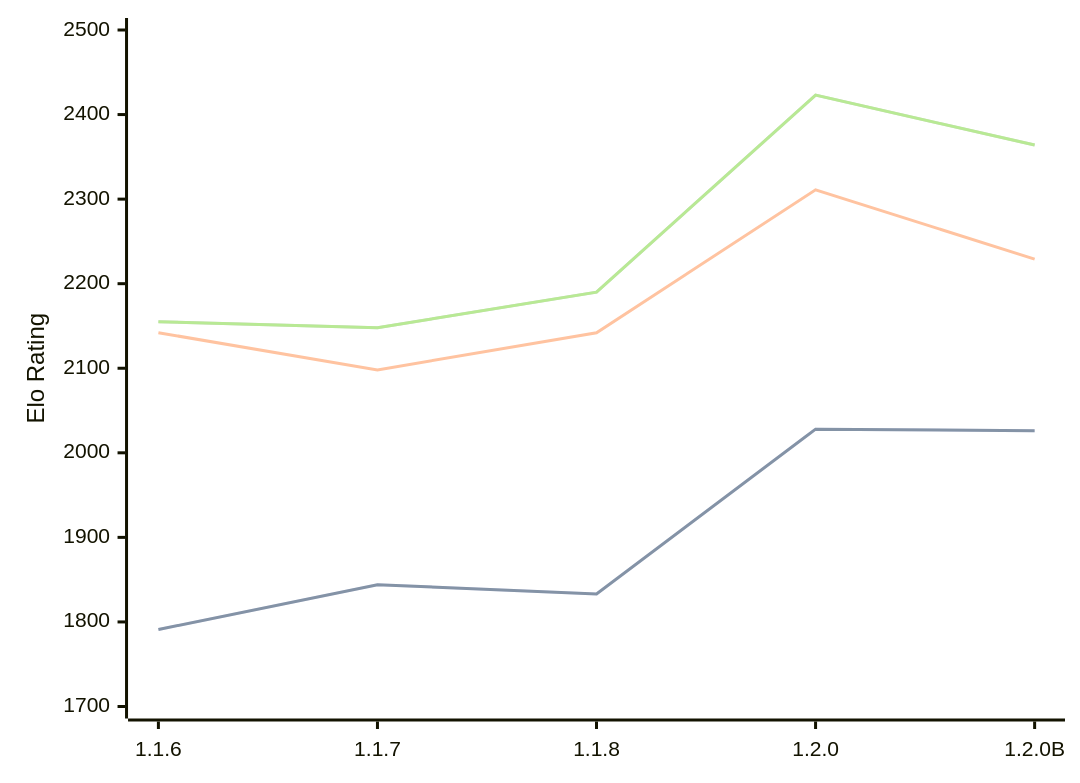
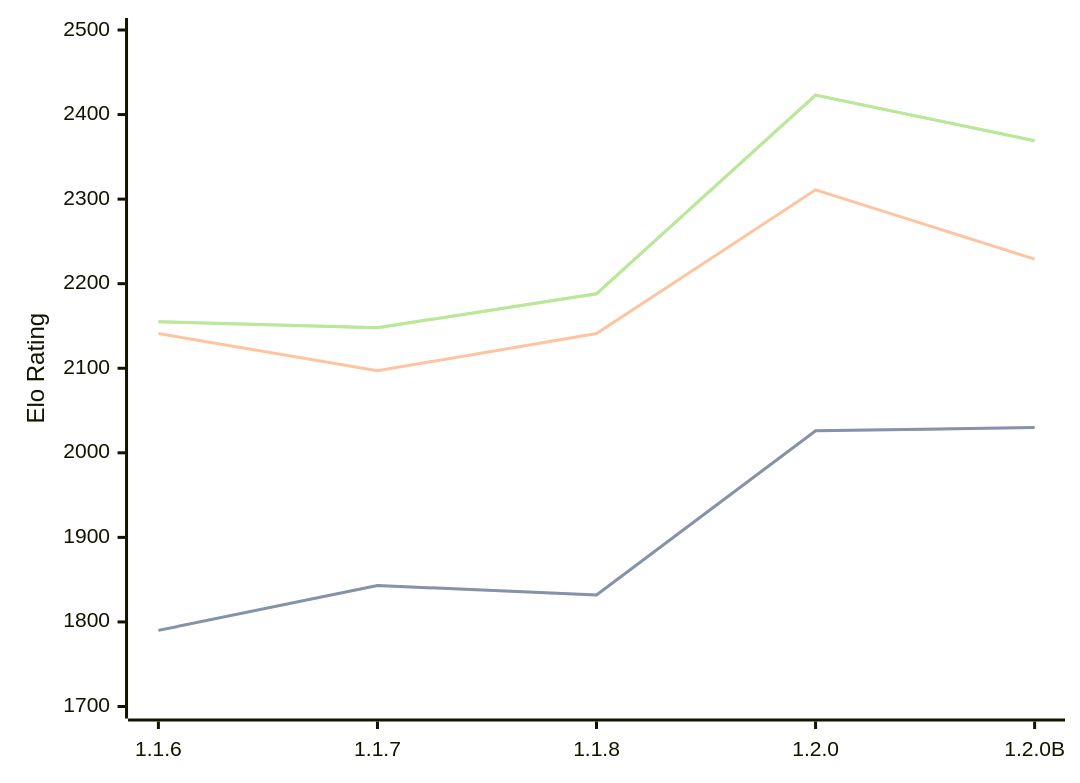
Before and after one commit to computer-chess-index/cci: the diagram in engines/Soomi.md, drawn with Mermaid. The commit also changed other lines of this file, not shown here.

Commit message:
Update CCI Ratings (ELO VLTC) - 2026-05-22

````diff
--- a/engines/Soomi.md
+++ b/engines/Soomi.md
@@ -35,11 +35,11 @@
 ```mermaid
 %%{init: {"theme":"base","themeVariables":{"seriesColors:['#a3a3a3','#222221','#faa371']}}}%%
 xychart-beta
   x-axis ["1.1.6", "1.1.7", "1.1.8", "1.2.0", "1.2.0B"]
   y-axis "Elo Rating" 1700 --> 2500
-  line "STC (8.0+0.08s)" [1791, 1844, 1833, 2028, 2026]
-  line "STC (8.0+0.08s)" [1791, 1844, 1833, 2028, 2026]
-  line "LTC (60.0+0.60s)" [2142, 2098, 2142, 2311, 2229]
-  line "VLTC (2m24s+1.12s)" [2155, 2148, 2190, 2423, 2364]
-  line "VLTC (2m24s+1.12s)" [2155, 2148, 2190, 2423, 2364]
+  line "STC (8.0+0.08s)" [1790, 1843, 1832, 2026, 2030]
+  line "STC (8.0+0.08s)" [1790, 1843, 1832, 2026, 2030]
+  line "LTC (60.0+0.60s)" [2141, 2097, 2141, 2311, 2229]
+  line "VLTC (2m24s+1.12s)" [2155, 2148, 2188, 2423, 2369]
+  line "VLTC (2m24s+1.12s)" [2155, 2148, 2188, 2423, 2369]
 ```
````
